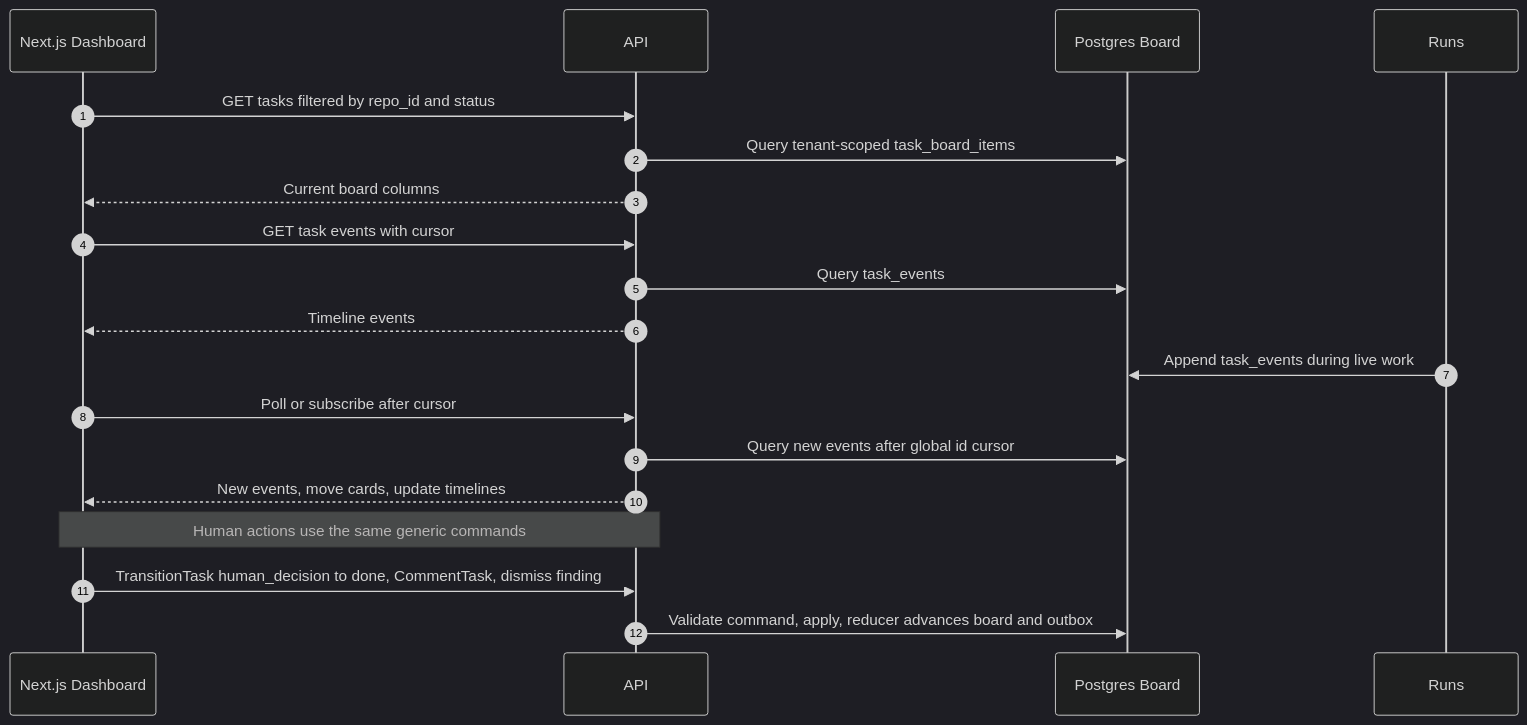
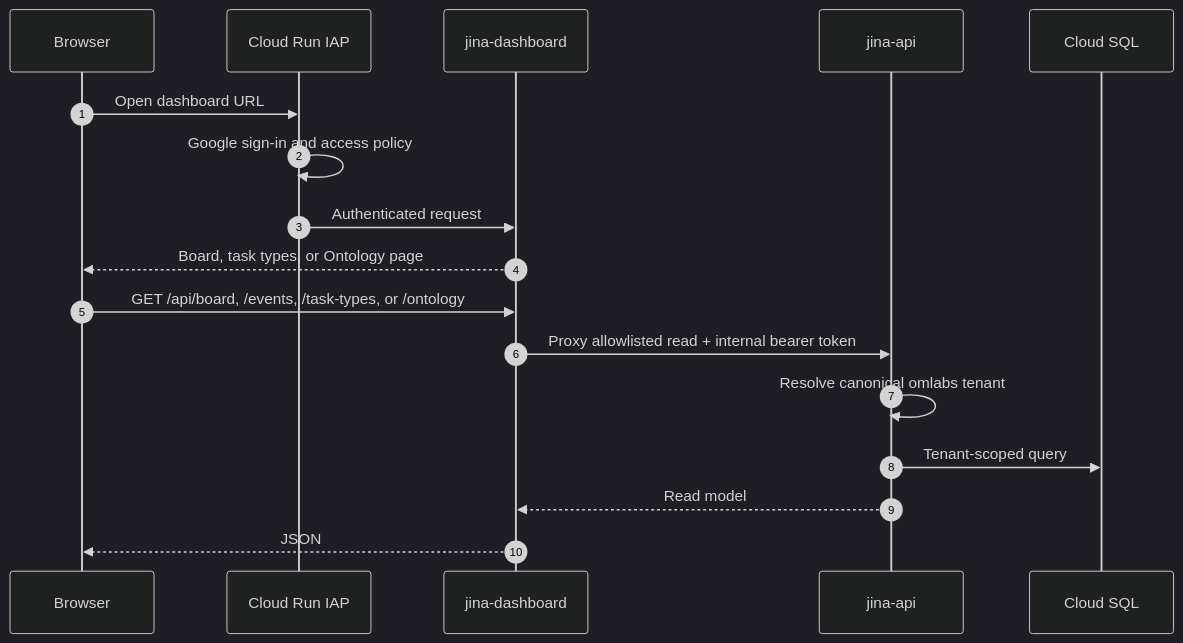
Before and after one commit to keon/jina-context-wiki-e2e-20260808: the fifth of 5 diagrams in docs/SEQUENCE_DIAGRAM.md, drawn with Mermaid (dark theme). The commit also changed other lines of this file and 7 other files, not shown here.

Commit message:
Align documentation with deployed architecture

````diff
--- a/docs/SEQUENCE_DIAGRAM.md
+++ b/docs/SEQUENCE_DIAGRAM.md
@@ -276,21 +128,20 @@
 ```mermaid
 sequenceDiagram
     autonumber
-    participant UI as Next.js Dashboard
-    participant API
-    participant Board as Postgres Board
-    participant Run as Runs
-    UI->>API: GET tasks filtered by repo_id and status
-    API->>Board: Query tenant-scoped task_board_items
-    API-->>UI: Current board columns
-    UI->>API: GET task events with cursor
-    API->>Board: Query task_events
-    API-->>UI: Timeline events
-    Run->>Board: Append task_events during live work
-    UI->>API: Poll or subscribe after cursor
-    API->>Board: Query new events after global id cursor
-    API-->>UI: New events, move cards, update timelines
-    note over UI,API: Human actions use the same generic commands
-    UI->>API: TransitionTask human_decision to done, CommentTask, dismiss finding
-    API->>Board: Validate command, apply, reducer advances board and outbox
+    participant Browser
+    participant IAP as Cloud Run IAP
+    participant Dashboard as jina-dashboard
+    participant API as jina-api
+    participant DB as Cloud SQL
+
+    Browser->>IAP: Open dashboard URL
+    IAP->>IAP: Google sign-in and access policy
+    IAP->>Dashboard: Authenticated request
+    Dashboard-->>Browser: Board, task types, or Ontology page
+    Browser->>Dashboard: GET /api/board, /events, /task-types, or /ontology
+    Dashboard->>API: Proxy allowlisted read + internal bearer token
+    API->>API: Resolve canonical omlabs tenant
+    API->>DB: Tenant-scoped query
+    API-->>Dashboard: Read model
+    Dashboard-->>Browser: JSON
 ```
````
